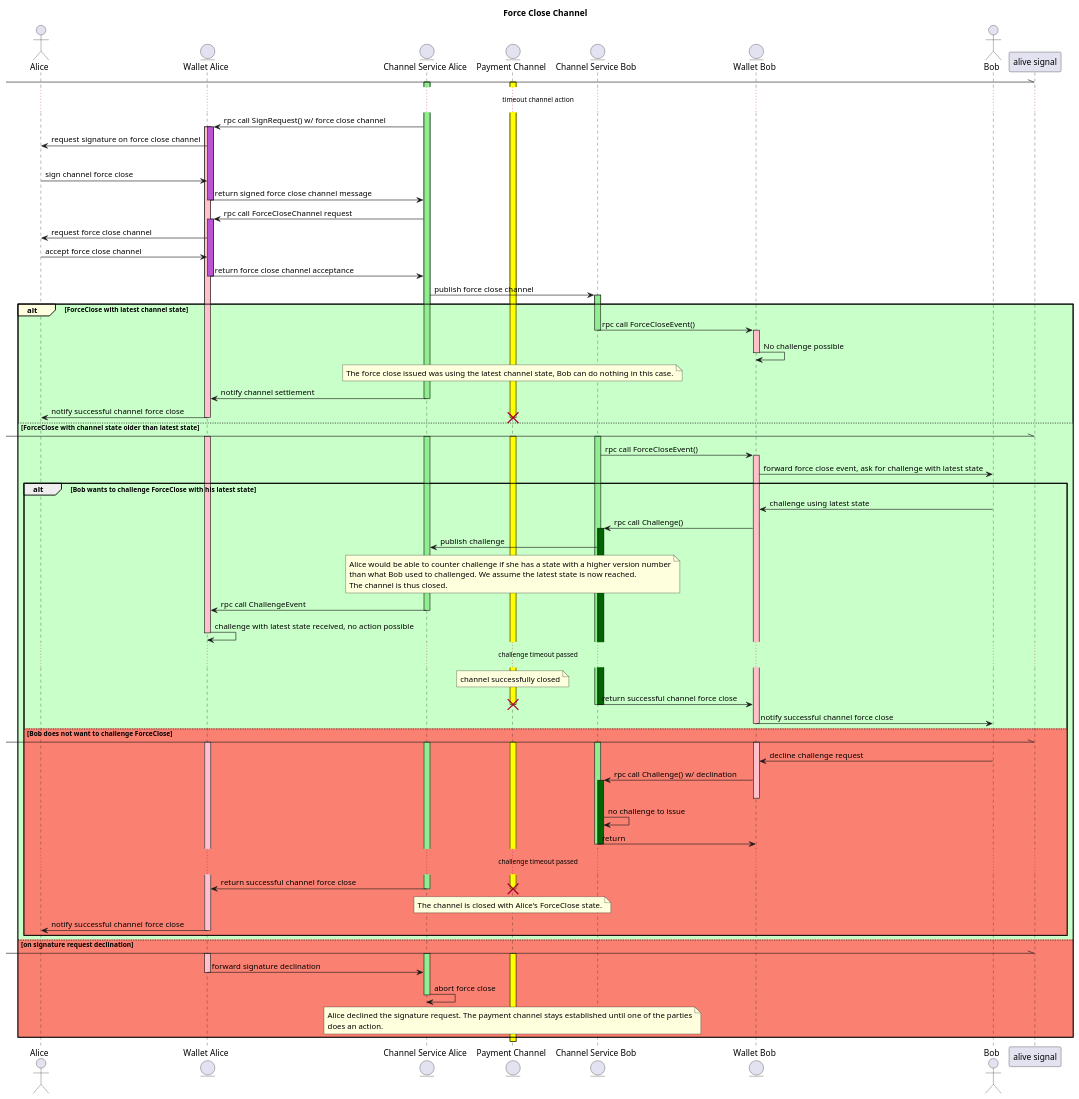
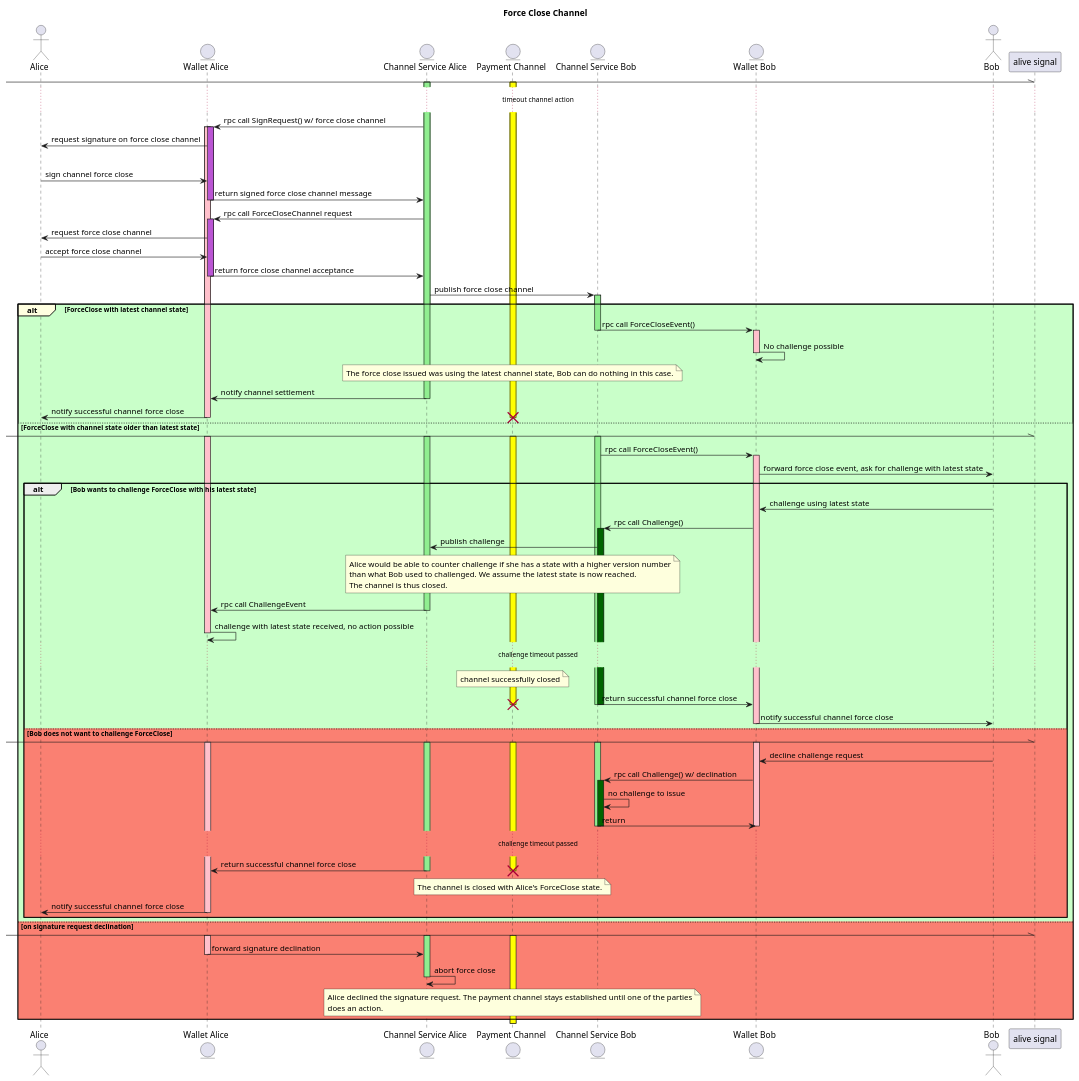
Before and after one commit to perun-network/perun-wallet-spec: the diagram in src/sequence-force-close.pu, drawn with PlantUML. The commit also changed other lines of this file and 1 other file, not shown here.

Commit message:
sequence: Boyscout formatting

```diff
--- a/src/sequence-force-close.pu
+++ b/src/sequence-force-close.pu
@@ -1,118 +1,118 @@
 @startuml
 actor Alice as A
 entity "Wallet Alice" as WA
 entity "Channel Service Alice" as CSA
 entity "Payment Channel" as PC
 entity "Channel Service Bob" as CSB
 entity "Wallet Bob" as WB
 actor Bob as B
 
 title Force Close Channel
 
 [-\\ "alive signal"
 activate PC #yellow
 activate CSA #lightgreen
 ...timeout channel action...
 CSA -> WA : rpc call SignRequest() w/ force close channel
 activate WA #pink
 activate WA #mediumorchid
 WA -> A : request signature on force close channel
 alt#gold #lightblue on signature request acceptance
   A -> WA : sign channel force close
   WA -> CSA : return signed force close channel message
   deactivate WA
   CSA -> WA : rpc call ForceCloseChannel request
   activate WA #mediumorchid
   WA -> A : request force close channel
   A -> WA : accept force close channel
   WA -> CSA : return force close channel acceptance
   deactivate WA
   CSA -> CSB : publish force close channel
   activate CSB #lightgreen
   alt#lightyellow #technology ForceClose with latest channel state
     CSB -> WB : rpc call ForceCloseEvent()
     deactivate CSB
     activate WB #pink
     WB -> WB : No challenge possible
     deactivate WB
     note over PC
     The force close issued was using the latest channel state, Bob can do nothing in this case.
     end note
     CSA -> WA : notify channel settlement
     deactivate CSA
     WA -> A : notify successful channel force close
     deactivate WA
     destroy PC
   else #technology ForceClose with channel state older than latest state
     [-\\ "alive signal"
     activate PC #yellow
     activate WA #pink
     activate CSA #lightgreen
     activate CSB #lightgreen
     CSB -> WB : rpc call ForceCloseEvent()
     activate WB #pink
     WB -> B : forward force close event, ask for challenge with latest state
     alt Bob wants to challenge ForceClose with his latest state
       B -> WB : challenge using latest state
       WB -> CSB : rpc call Challenge()
       activate CSB #darkgreen
       CSB -> CSA : publish challenge
       note over PC
       Alice would be able to counter challenge if she has a state with a higher version number
       than what Bob used to challenged. We assume the latest state is now reached.
       The channel is thus closed.
       end note
       CSA -> WA : rpc call ChallengeEvent
       deactivate CSA
       WA -> WA : challenge with latest state received, no action possible
       deactivate WA
       ...challenge timeout passed...
       note over PC : channel successfully closed
       CSB -> WB : return successful channel force close
       deactivate CSB
       destroy PC
       deactivate CSB
       WB -> B : notify successful channel force close
       deactivate WB
     else #salmon Bob does not want to challenge ForceClose
       [-\\ "alive signal"
       activate CSA #lightgreen
       activate CSB #lightgreen
       activate WB #pink
       activate WA #pink
       activate PC #yellow
       B -> WB : decline challenge request
       WB -> CSB : rpc call Challenge() w/ declination
       activate CSB #darkgreen
-      deactivate WB
       CSB -> CSB : no challenge to issue
       CSB -> WB : return
+      deactivate WB
       deactivate CSB
       deactivate CSB
       ...challenge timeout passed...
       CSA -> WA : return successful channel force close
       deactivate CSA
       note over PC
       The channel is closed with Alice's ForceClose state.
       end note
       destroy PC
       WA -> A : notify successful channel force close
       deactivate WA
     end
 else #salmon on signature request declination
   [-\\ "alive signal"
   activate WA #pink
   activate CSA #lightgreen
   activate PC #yellow
   WA -> CSA : forward signature declination
   deactivate WA
   CSA -> CSA : abort force close
   deactivate CSA
   note over PC
   Alice declined the signature request. The payment channel stays established until one of the parties
   does an action.
   end note
 end
 deactivate PC
 
 @enduml
```
